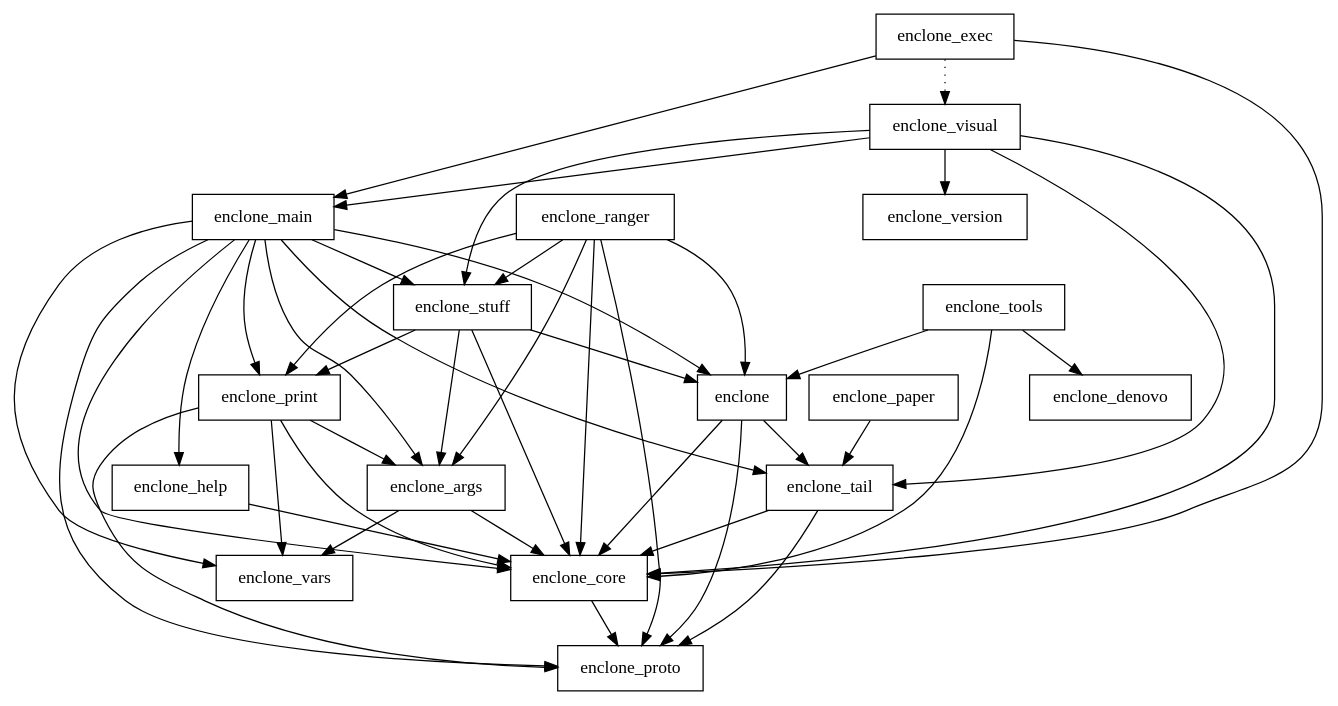
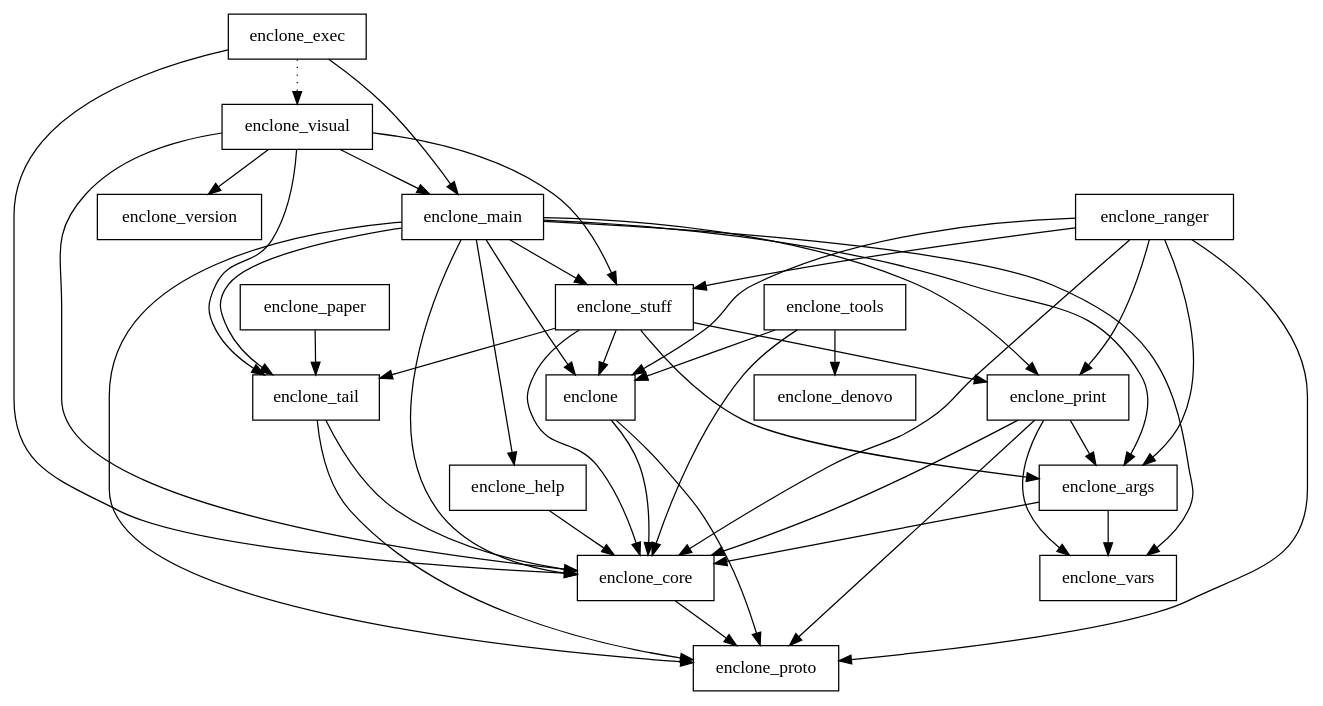
Before and after one commit to 10XGenomics/enclone: the diagram in crates.dot, drawn with Graphviz. The commit also changed 14 other files, not shown here.

```diff
--- a/crates.dot
+++ b/crates.dot
@@ -1,63 +1,63 @@
 digraph {
     0 [ label = "enclone" shape = box]
     1 [ label = "enclone_core" shape = box]
     2 [ label = "enclone_proto" shape = box]
-    3 [ label = "enclone_tail" shape = box]
-    4 [ label = "enclone_args" shape = box]
-    5 [ label = "enclone_vars" shape = box]
-    6 [ label = "enclone_denovo" shape = box]
-    7 [ label = "enclone_exec" shape = box]
-    8 [ label = "enclone_main" shape = box]
-    9 [ label = "enclone_help" shape = box]
-    10 [ label = "enclone_print" shape = box]
-    11 [ label = "enclone_stuff" shape = box]
+    3 [ label = "enclone_args" shape = box]
+    4 [ label = "enclone_vars" shape = box]
+    5 [ label = "enclone_denovo" shape = box]
+    6 [ label = "enclone_exec" shape = box]
+    7 [ label = "enclone_main" shape = box]
+    8 [ label = "enclone_help" shape = box]
+    9 [ label = "enclone_print" shape = box]
+    10 [ label = "enclone_stuff" shape = box]
+    11 [ label = "enclone_tail" shape = box]
     12 [ label = "enclone_visual" shape = box]
     13 [ label = "enclone_version" shape = box]
     14 [ label = "enclone_ranger" shape = box]
     15 [ label = "enclone_tools" shape = box]
     16 [ label = "enclone_paper" shape = box]
     0 -> 1 [ ]
     0 -> 2 [ ]
-    0 -> 3 [ ]
     1 -> 2 [ ]
     3 -> 1 [ ]
-    3 -> 2 [ ]
-    4 -> 1 [ ]
-    4 -> 5 [ ]
+    3 -> 4 [ ]
+    6 -> 1 [ ]
+    6 -> 7 [ ]
+    6 -> 12 [ style = dotted]
+    7 -> 0 [ ]
+    7 -> 3 [ ]
     7 -> 1 [ ]
     7 -> 8 [ ]
-    7 -> 12 [ style = dotted]
-    8 -> 0 [ ]
-    8 -> 4 [ ]
+    7 -> 9 [ ]
+    7 -> 2 [ ]
+    7 -> 10 [ ]
+    7 -> 11 [ ]
+    7 -> 4 [ ]
     8 -> 1 [ ]
-    8 -> 9 [ ]
-    8 -> 10 [ ]
-    8 -> 2 [ ]
-    8 -> 11 [ ]
-    8 -> 3 [ ]
-    8 -> 5 [ ]
+    9 -> 3 [ ]
     9 -> 1 [ ]
-    10 -> 4 [ ]
+    9 -> 2 [ ]
+    9 -> 4 [ ]
+    10 -> 0 [ ]
+    10 -> 3 [ ]
     10 -> 1 [ ]
-    10 -> 2 [ ]
-    10 -> 5 [ ]
-    11 -> 0 [ ]
-    11 -> 4 [ ]
+    10 -> 9 [ ]
+    10 -> 11 [ ]
     11 -> 1 [ ]
-    11 -> 10 [ ]
+    11 -> 2 [ ]
     12 -> 1 [ ]
-    12 -> 8 [ ]
+    12 -> 7 [ ]
+    12 -> 10 [ ]
     12 -> 11 [ ]
-    12 -> 3 [ ]
     12 -> 13 [ ]
     14 -> 0 [ ]
-    14 -> 4 [ ]
+    14 -> 3 [ ]
     14 -> 1 [ ]
+    14 -> 9 [ ]
+    14 -> 2 [ ]
     14 -> 10 [ ]
-    14 -> 2 [ ]
-    14 -> 11 [ ]
     15 -> 0 [ ]
     15 -> 1 [ ]
-    15 -> 6 [ ]
-    16 -> 3 [ ]
+    15 -> 5 [ ]
+    16 -> 11 [ ]
 }
```
